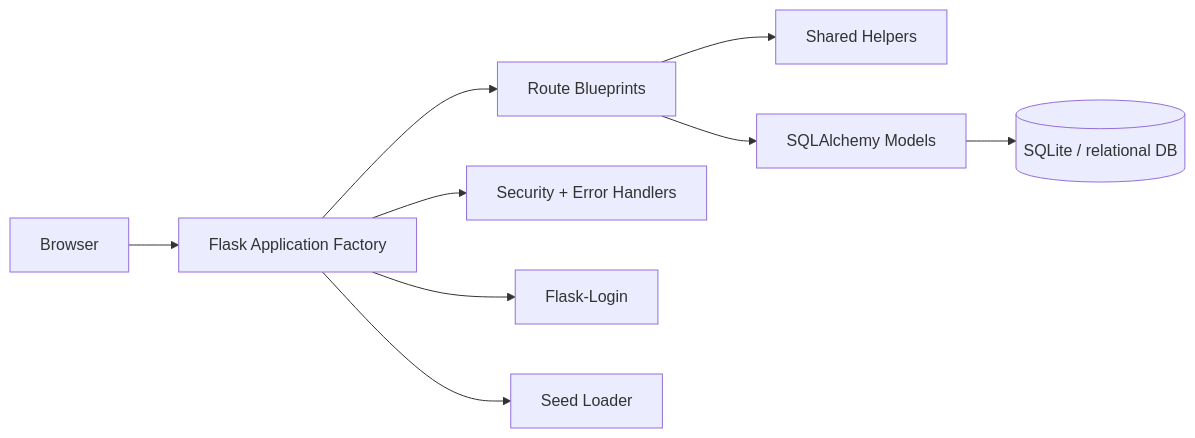
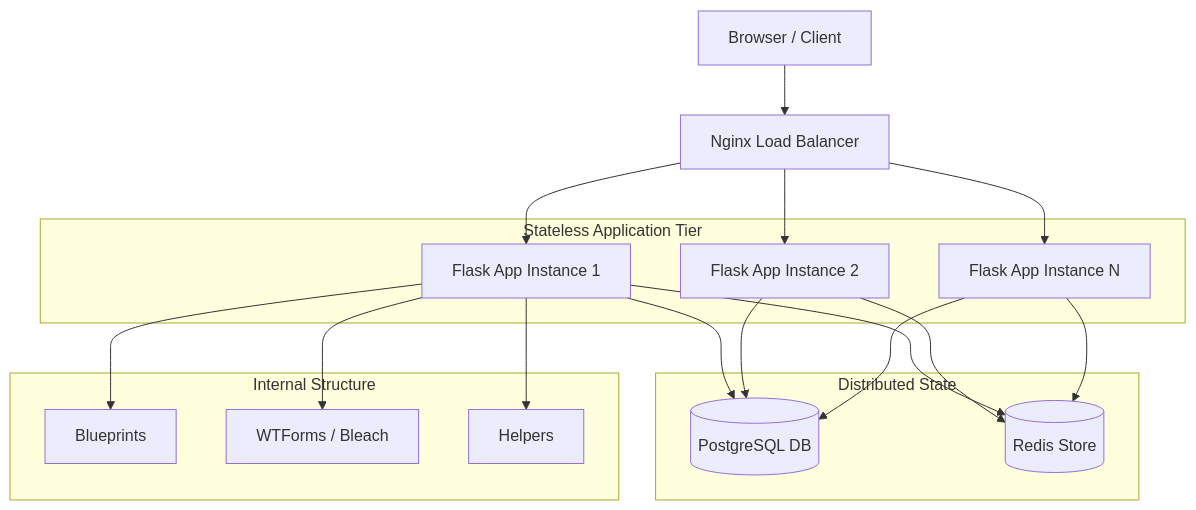
Before and after one commit to ashutosh-engineer/odoo_Hackathon_Team_adip1: the first of 2 diagrams in readme.md, drawn with Mermaid. The commit also changed other lines of this file, not shown here.

Commit message:
Update README to reflect production-grade tech stack, HLD, and security architecture

````diff
--- a/readme.md
+++ b/readme.md
@@ -117,11 +120,27 @@
 ```mermaid
-flowchart LR
-	Browser --> FlaskApp[Flask Application Factory]
-	FlaskApp --> Blueprints[Route Blueprints]
-	Blueprints --> Helpers[Shared Helpers]
-	Blueprints --> Models[SQLAlchemy Models]
-	Models --> DB[(SQLite / relational DB)]
-	FlaskApp --> Security[Security + Error Handlers]
-	FlaskApp --> Login[Flask-Login]
-	FlaskApp --> Seed[Seed Loader]
+flowchart TD
+    Client[Browser / Client] --> LB[Nginx Load Balancer]
+    LB --> App1[Flask App Instance 1]
+    LB --> App2[Flask App Instance 2]
+    LB --> AppN[Flask App Instance N]
+    
+    subgraph "Stateless Application Tier"
+        App1
+        App2
+        AppN
+    end
+
+    App1 & App2 & AppN --> PG[(PostgreSQL DB)]
+    App1 & App2 & AppN --> Redis[(Redis Store)]
+    
+    subgraph "Distributed State"
+        PG
+        Redis
+    end
+    
+    subgraph "Internal Structure"
+        App1 --> Blueprints[Blueprints]
+        App1 --> Forms[WTForms / Bleach]
+        App1 --> Helpers[Helpers]
+    end
 ```
````
